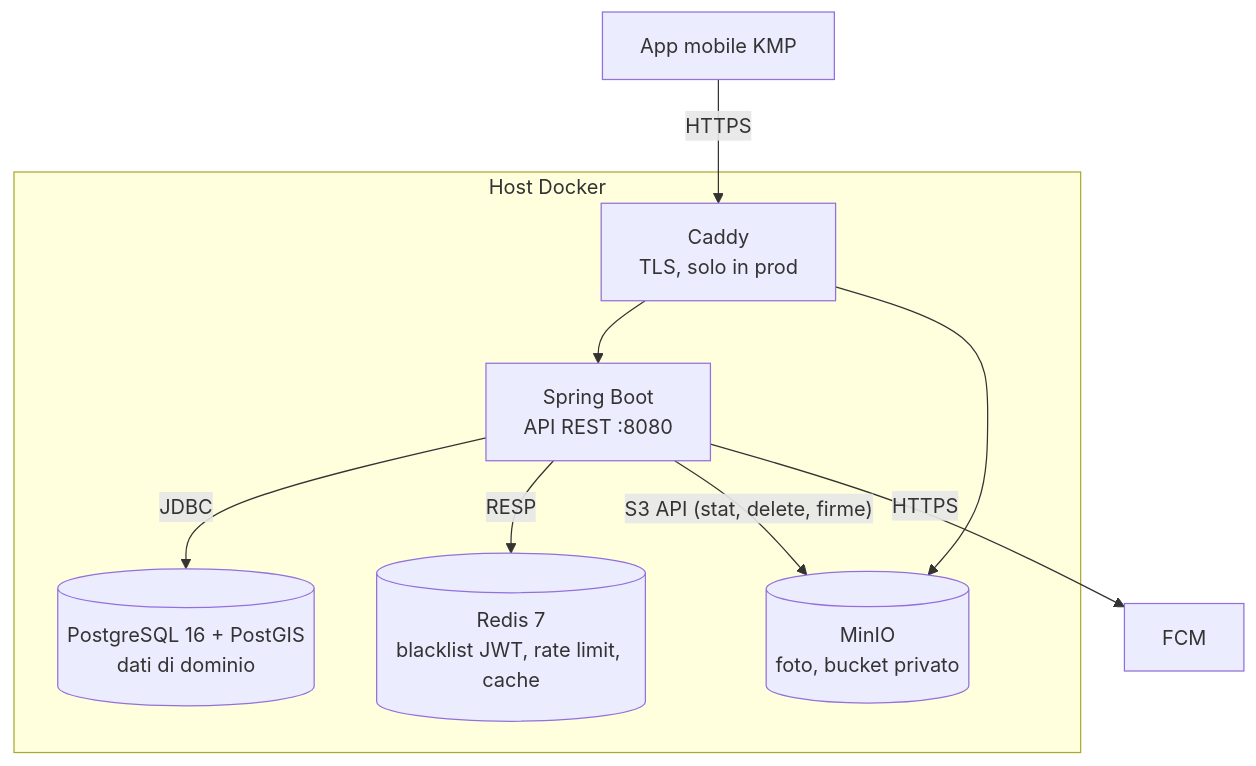
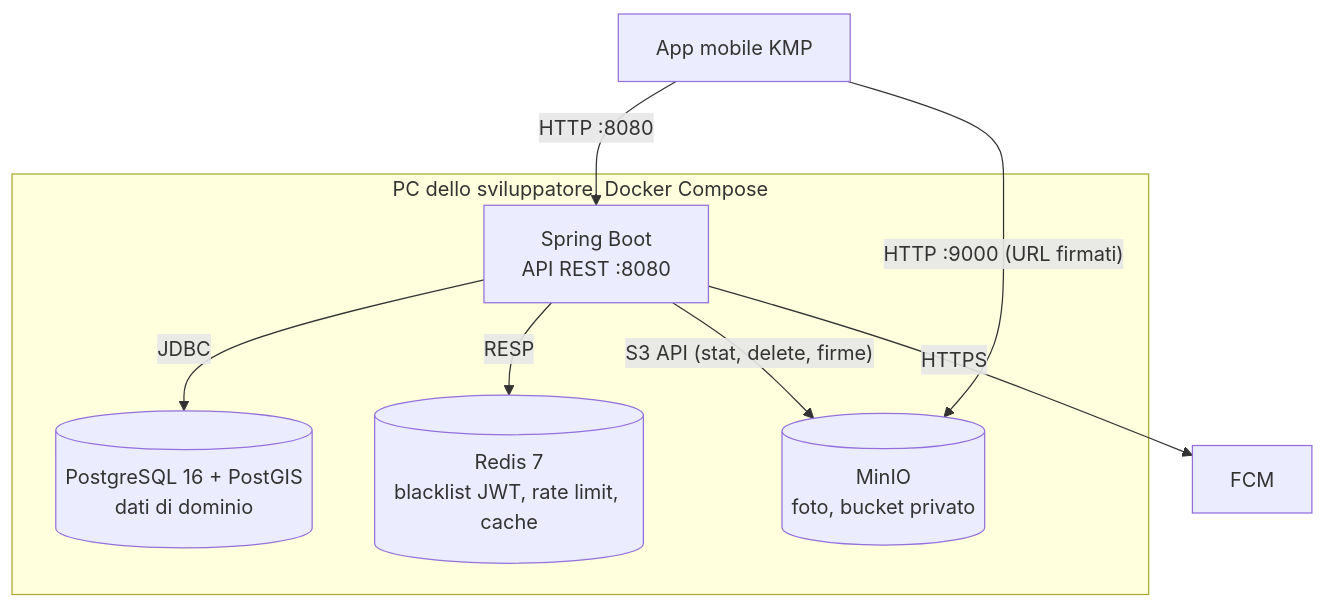
The second of 4 diagrams in docs/architecture.md (Samuu00/GeoSentinel-Backend), drawn with Mermaid before and after one commit. The commit also changed other lines of this file and 297 other files, not shown here.

````diff
--- a/docs/architecture.md
+++ b/docs/architecture.md
@@ -86,19 +86,17 @@
 ```mermaid
 flowchart TB
     app[App mobile KMP]
-    subgraph server[Host Docker]
-        caddy[Caddy<br/>TLS, solo in prod]
+    subgraph server[PC dello sviluppatore, Docker Compose]
         be[Spring Boot<br/>API REST :8080]
         pg[(PostgreSQL 16 + PostGIS<br/>dati di dominio)]
         redis[(Redis 7<br/>blacklist JWT, rate limit, cache)]
         minio[(MinIO<br/>foto, bucket privato)]
     end
     fcm[FCM]
-    app -- HTTPS --> caddy
-    caddy --> be
-    caddy --> minio
+    app -- "HTTP :8080" --> be
+    app -- "HTTP :9000 (URL firmati)" --> minio
     be -- JDBC --> pg
     be -- RESP --> redis
     be -- "S3 API (stat, delete, firme)" --> minio
     be -- HTTPS --> fcm
 ```
````
